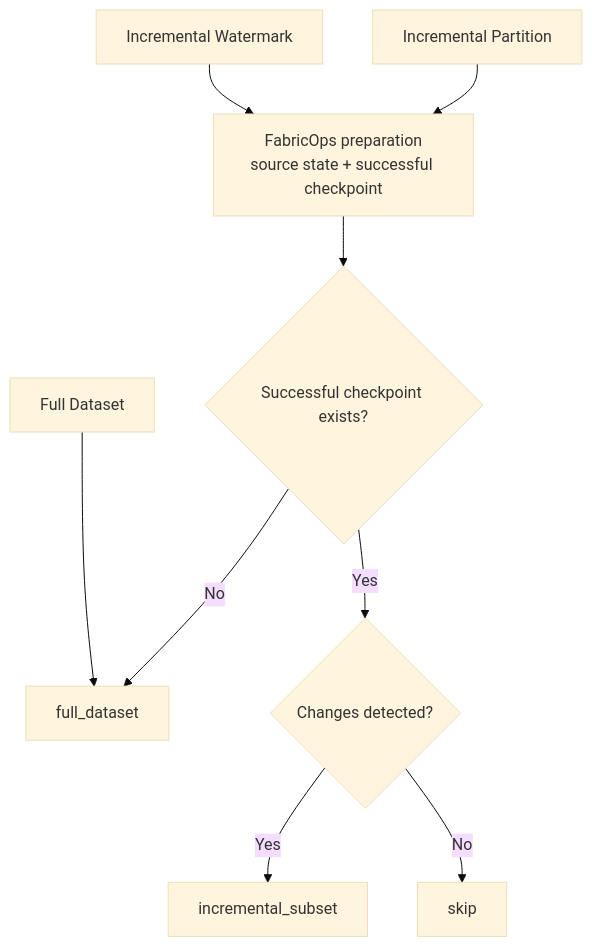
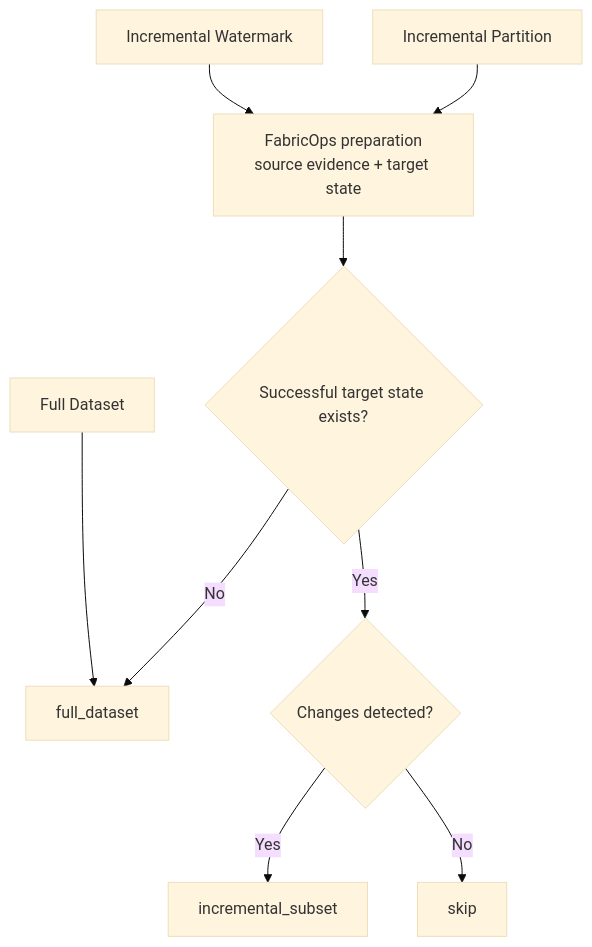
One commit to Voycepeh/FabricOps-Starter-Kit changed the diagram in docs/guided-demo/04-run-pipeline-with-guardrails.md. Above: the diagram before and after it, drawn with Mermaid (base theme). The commit also changed other lines of this file and 36 other files, not shown here.

Commit message:
refactor!: remove persistent checkpoint architecture

````diff
--- a/docs/guided-demo/04-run-pipeline-with-guardrails.md
+++ b/docs/guided-demo/04-run-pipeline-with-guardrails.md
@@ -52,11 +52,11 @@
     ```mermaid
     flowchart TB
         FULL["Full Dataset"] --> FULLMODE["full_dataset"]
-        WATERMARK["Incremental Watermark"] --> PREP["FabricOps preparation<br/>source state + successful checkpoint"]
+        WATERMARK["Incremental Watermark"] --> PREP["FabricOps preparation<br/>source evidence + target state"]
         PARTITION["Incremental Partition"] --> PREP
-        PREP --> FIRST{"Successful checkpoint exists?"}
+        PREP --> FIRST{"Successful target state exists?"}
         FIRST -->|No| FULLMODE
         FIRST -->|Yes| CHANGED{"Changes detected?"}
         CHANGED -->|Yes| SUBSET["incremental_subset"]
         CHANGED -->|No| SKIP["skip"]
     ```
````
